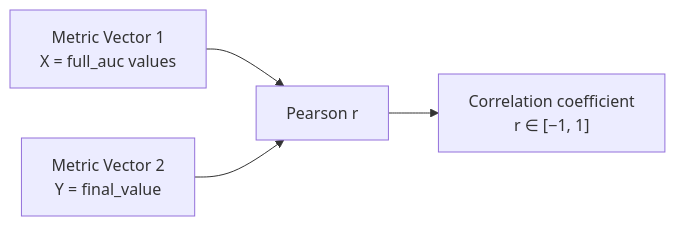
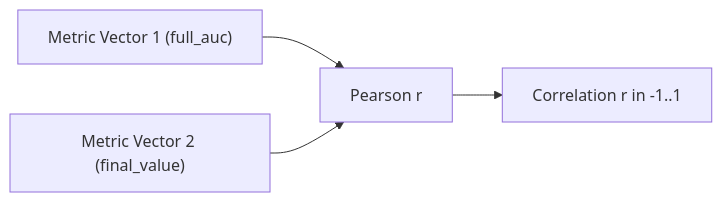
The first of 3 diagrams in docs/reference/correlations_paper_to_code.md (jgonsior/olympic-games-of-active-learning), drawn with Mermaid before and after one commit. The commit also changed other lines of this file and 8 other files, not shown here.

First line of the commit message:
Simplify documentation and fix mermaid diagrams

````diff
--- a/docs/reference/correlations_paper_to_code.md
+++ b/docs/reference/correlations_paper_to_code.md
@@ -64,6 +30,6 @@
 ```mermaid
 flowchart LR
-    A[Metric Vector 1<br/>X = full_auc values] --> C[Pearson r]
-    B[Metric Vector 2<br/>Y = final_value] --> C
-    C --> D["Correlation coefficient<br/>r ∈ [−1, 1]"]
+    A["Metric Vector 1 (full_auc)"] --> C["Pearson r"]
+    B["Metric Vector 2 (final_value)"] --> C
+    C --> D["Correlation r in -1..1"]
 ```
````
